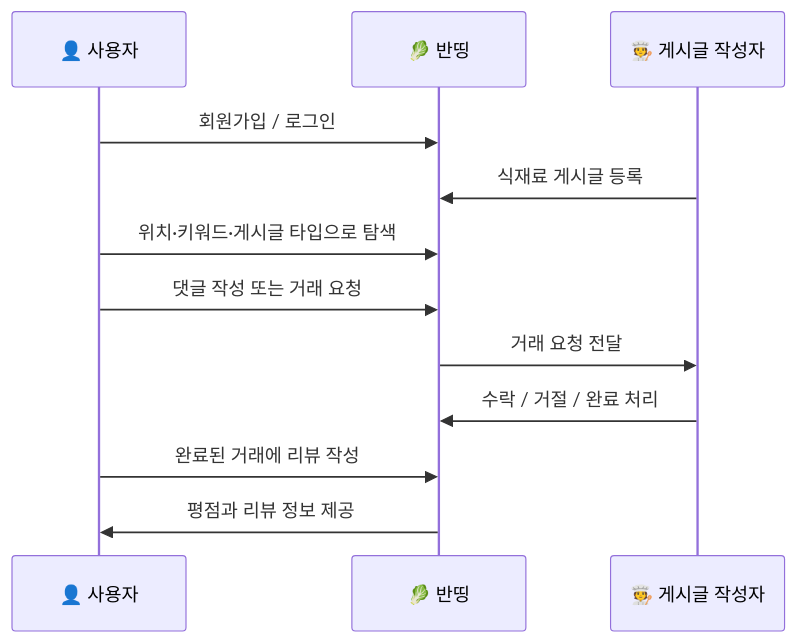
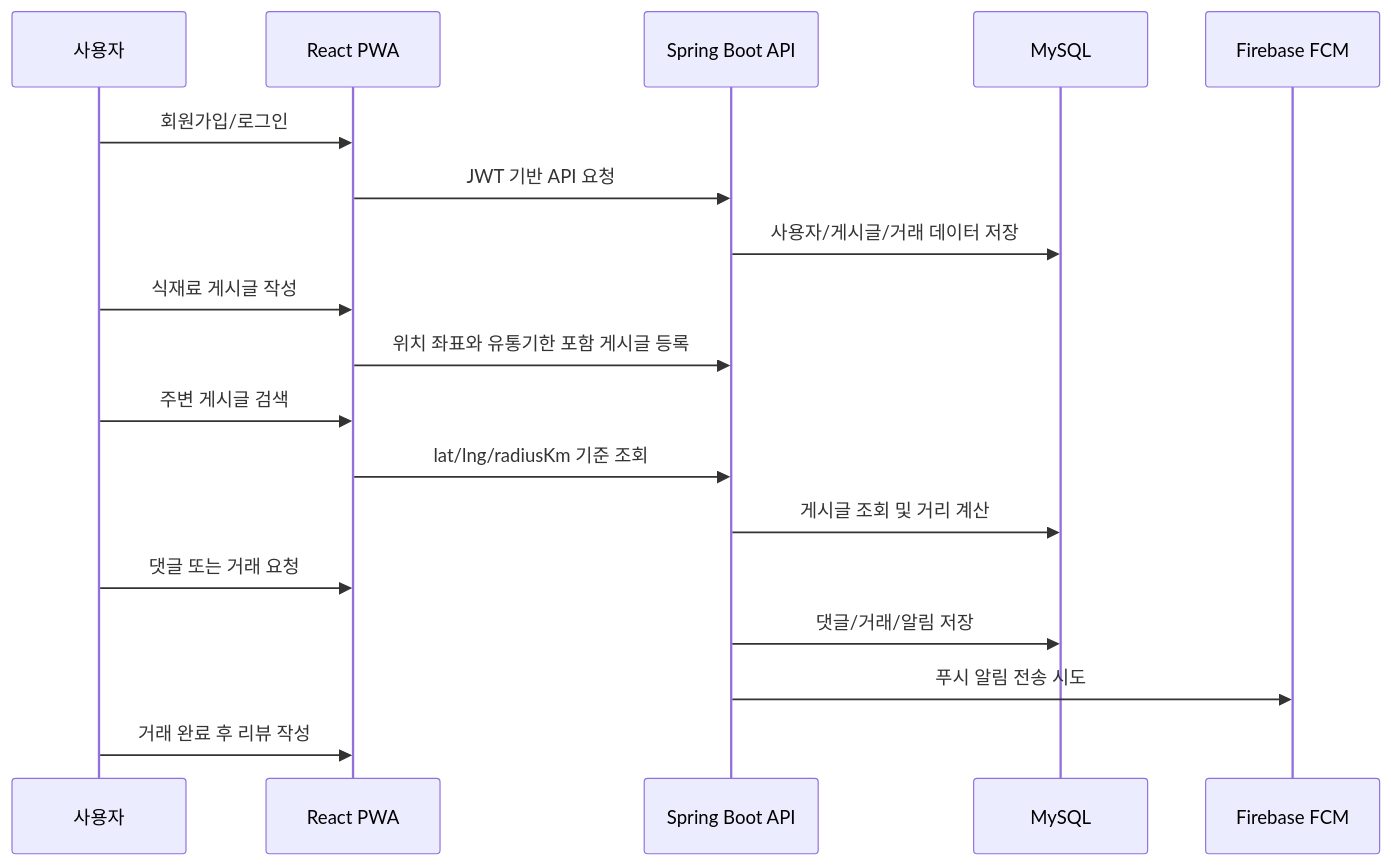
The diagram in README.md (hjs7115/foodshare), drawn with Mermaid before and after one commit. The commit also changed other lines of this file, not shown here.

````diff
--- a/README.md
+++ b/README.md
@@ -66,15 +51,21 @@
 ```mermaid
 sequenceDiagram
-    participant 사용자 as 👤 사용자
-    participant 반띵 as 🥬 반띵
-    participant 작성자 as 🧑‍🍳 게시글 작성자
+    participant User as 사용자
+    participant Web as React PWA
+    participant API as Spring Boot API
+    participant DB as MySQL
+    participant FCM as Firebase FCM
 
-    사용자->>반띵: 회원가입 / 로그인
-    작성자->>반띵: 식재료 게시글 등록
-    사용자->>반띵: 위치·키워드·게시글 타입으로 탐색
-    사용자->>반띵: 댓글 작성 또는 거래 요청
-    반띵->>작성자: 거래 요청 전달
-    작성자->>반띵: 수락 / 거절 / 완료 처리
-    사용자->>반띵: 완료된 거래에 리뷰 작성
-    반띵->>사용자: 평점과 리뷰 정보 제공
+    User->>Web: 회원가입/로그인
+    Web->>API: JWT 기반 API 요청
+    API->>DB: 사용자/게시글/거래 데이터 저장
+    User->>Web: 식재료 게시글 작성
+    Web->>API: 위치 좌표와 유통기한 포함 게시글 등록
+    User->>Web: 주변 게시글 검색
+    Web->>API: lat/lng/radiusKm 기준 조회
+    API->>DB: 게시글 조회 및 거리 계산
+    User->>Web: 댓글 또는 거래 요청
+    API->>DB: 댓글/거래/알림 저장
+    API->>FCM: 푸시 알림 전송 시도
+    User->>Web: 거래 완료 후 리뷰 작성
 ```
````
